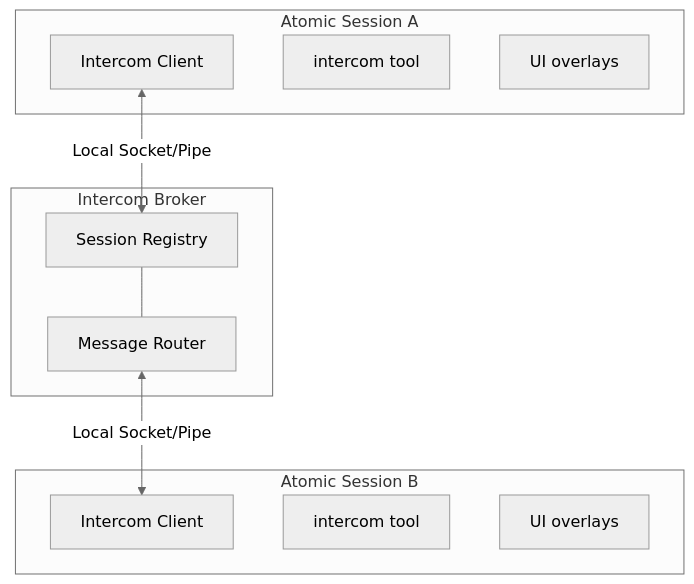
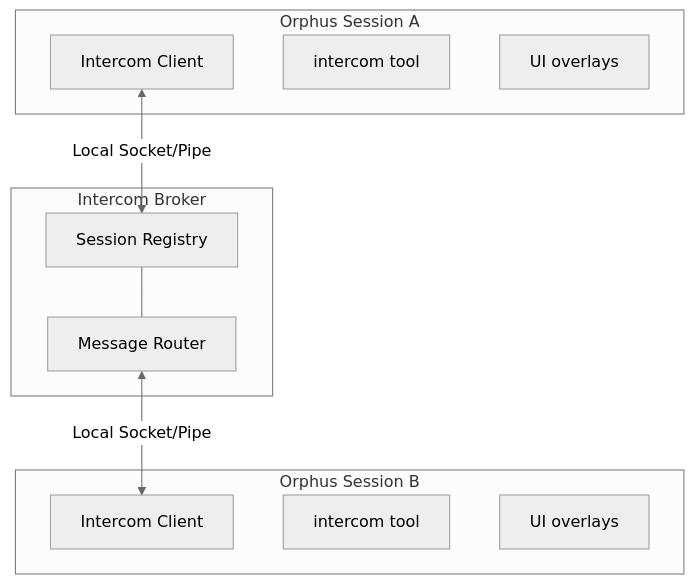
Before and after one commit to kelvincushman/orphus: the diagram in packages/coding-agent/docs/intercom.md, drawn with Mermaid (neutral theme). The commit also changed other lines of this file and 37 other files, not shown here.

````diff
--- a/packages/coding-agent/docs/intercom.md
+++ b/packages/coding-agent/docs/intercom.md
@@ -421,23 +421,23 @@
 ```mermaid
 graph TB
-    subgraph A["Atomic Session A"]
+    subgraph A["Orphus Session A"]
         A1[Intercom Client]
         A2[intercom tool]
         A3[UI overlays]
     end
 
     subgraph Broker["Intercom Broker"]
         B1[Session Registry]
         B2[Message Router]
     end
 
-    subgraph B["Atomic Session B"]
+    subgraph B["Orphus Session B"]
         B3[Intercom Client]
         B4[intercom tool]
         B5[UI overlays]
     end
 
     A1 <-->|Local Socket/Pipe| B1
     B1 --- B2
     B2 <-->|Local Socket/Pipe| B3
 ```
````
